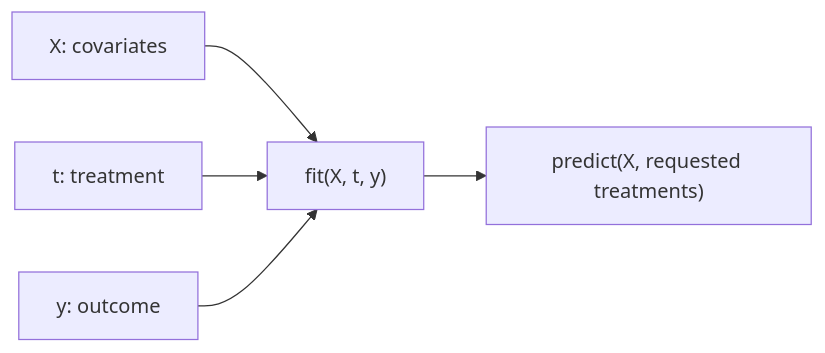
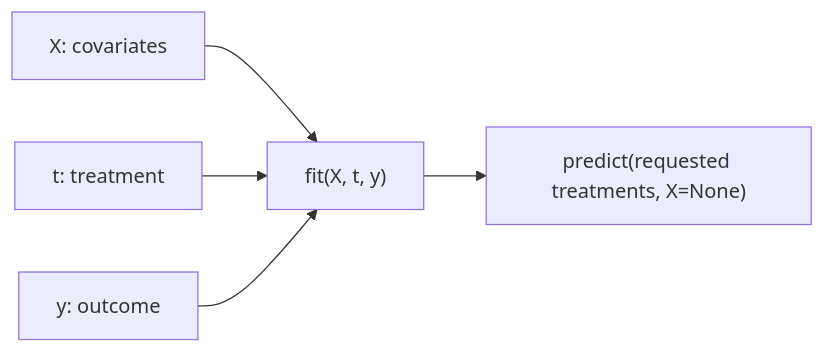
Before and after one commit to felipeangelimvieira/skcausal: the diagram in docs/book/getting-started.qmd, drawn with Mermaid. The commit also changed 45 other files, not shown here.

````diff
--- a/docs/book/getting-started.qmd
+++ b/docs/book/getting-started.qmd
@@ -21,7 +21,7 @@
 ```{mermaid}
 graph LR
   X["X: covariates"] --> F["fit(X, t, y)"]
   T["t: treatment"] --> F
   Y["y: outcome"] --> F
-  F --> P["predict(X, requested treatments)"]
+  F --> P["predict(requested treatments, X=None)"]
 ```
````
